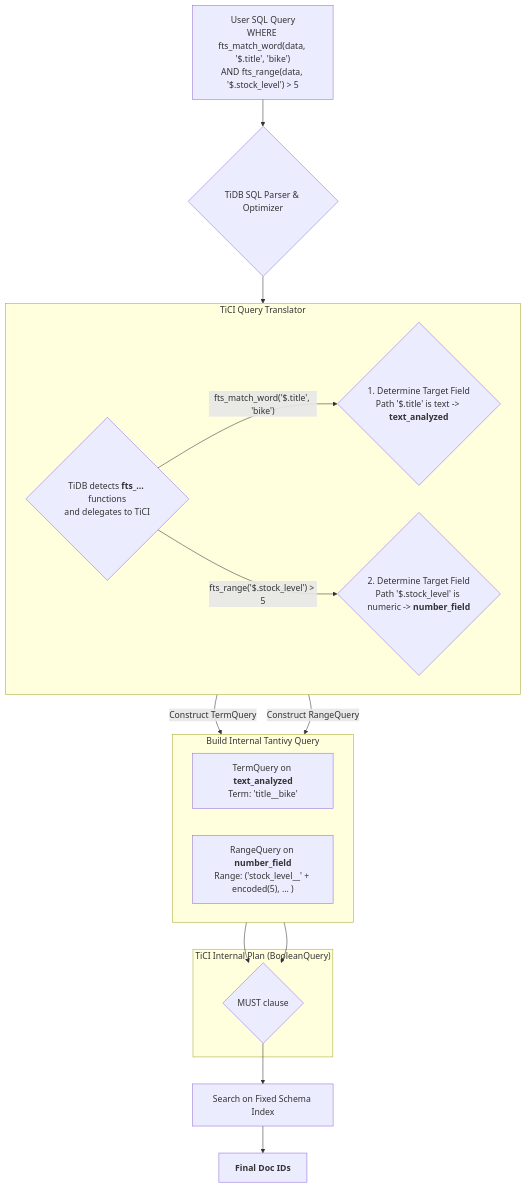
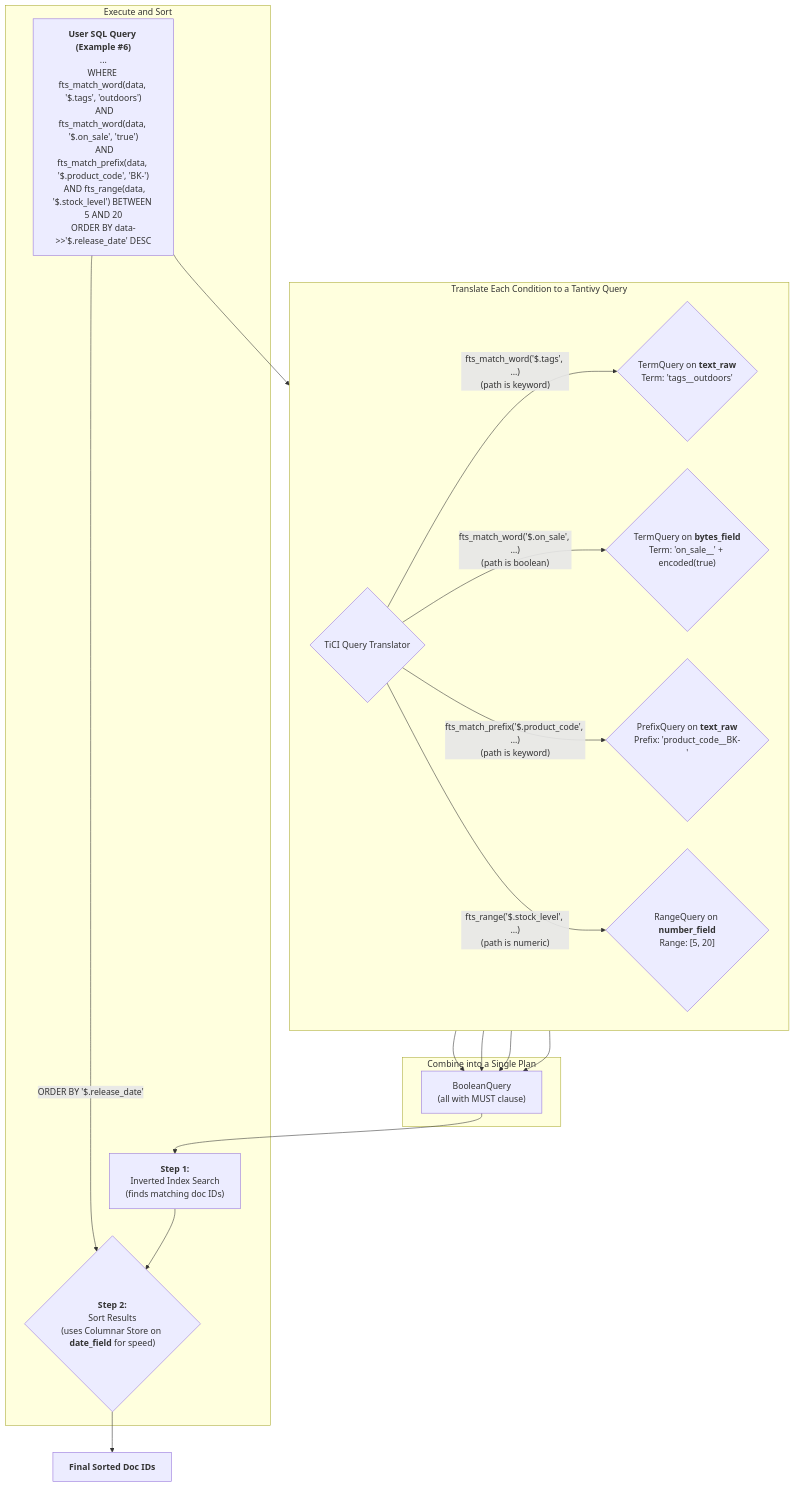
The second of 3 diagrams in TiCI_JSON_Support_Proposal.md (kolafish/tantivy), drawn with Mermaid before and after one commit. The commit also changed other lines of this file, not shown here.

````diff
--- a/TiCI_JSON_Support_Proposal.md
+++ b/TiCI_JSON_Support_Proposal.md
@@ -182,26 +188,26 @@
 ```mermaid
 graph TD
-    A["User SQL Query<br/>WHERE fts_match_word(data, '$.title', 'bike')<br/>AND fts_range(data, '$.stock_level') > 5"] --> B{"TiDB SQL Parser & Optimizer"};
-    
-    B --> C{"TiDB detects <b>fts_...</b> functions<br/>and delegates to TiCI"};
+    A["<b>User SQL Query (Example #6)</b><br/>...<br/>WHERE fts_match_word(data, '$.tags', 'outdoors')<br/>  AND fts_match_word(data, '$.on_sale', 'true')<br/>  AND fts_match_prefix(data, '$.product_code', 'BK-')<br/>  AND fts_range(data, '$.stock_level') BETWEEN 5 AND 20<br/>ORDER BY data->>'$.release_date' DESC"]
 
-    subgraph "TiCI Query Translator"
+    A --> B{"TiCI Query Translator"};
+
+    subgraph "Translate Each Condition to a Tantivy Query"
         direction LR
-        C -- "fts_match_word('$.title', 'bike')" --> D{"1. Determine Target Field<br>Path '$.title' is text -> <b>text_analyzed</b>"}
-        C -- "fts_range('$.stock_level') > 5" --> E{"2. Determine Target Field<br>Path '$.stock_level' is numeric -> <b>number_field</b>"}
+        B -- "fts_match_word('$.tags', ...)<br/>(path is keyword)" --> C{"TermQuery on <b>text_raw</b><br/>Term: 'tags__outdoors'"}
+        B -- "fts_match_word('$.on_sale', ...)<br/>(path is boolean)" --> D{"TermQuery on <b>bytes_field</b><br/>Term: 'on_sale__' + encoded(true)"}
+        B -- "fts_match_prefix('$.product_code', ...)<br/>(path is keyword)" --> E{"PrefixQuery on <b>text_raw</b><br/>Prefix: 'product_code__BK-'"}
+        B -- "fts_range('$.stock_level', ...)<br/>(path is numeric)" --> F{"RangeQuery on <b>number_field</b><br/>Range: [5, 20]"}
     end
 
-    subgraph "Build Internal Tantivy Query"
-        direction LR
-        D -- "Construct TermQuery" --> F["TermQuery on <b>text_analyzed</b><br>Term: 'title__bike'"]
-        E -- "Construct RangeQuery" --> G["RangeQuery on <b>number_field</b><br>Range: ('stock_level__' + encoded(5), ... )"]
+    subgraph "Combine into a Single Plan"
+        C & D & E & F --> G["BooleanQuery<br/>(all with MUST clause)"]
     end
-    
-    subgraph "TiCI Internal Plan (BooleanQuery)"
-        F --> H{MUST clause}
-        G --> H
+
+    subgraph "Execute and Sort"
+      G --> H["<b>Step 1:</b><br>Inverted Index Search<br/>(finds matching doc IDs)"]
+      A -- "ORDER BY '$.release_date'" --> I
+      H --> I{"<b>Step 2:</b><br>Sort Results<br/>(uses Columnar Store on <b>date_field</b> for speed)"}
     end
-    
-    H --> I["Search on Fixed Schema Index"];
-    I --> J["<B>Final Doc IDs</B>"];
+
+    I --> J["<B>Final Sorted Doc IDs</B>"];
 ```
````
